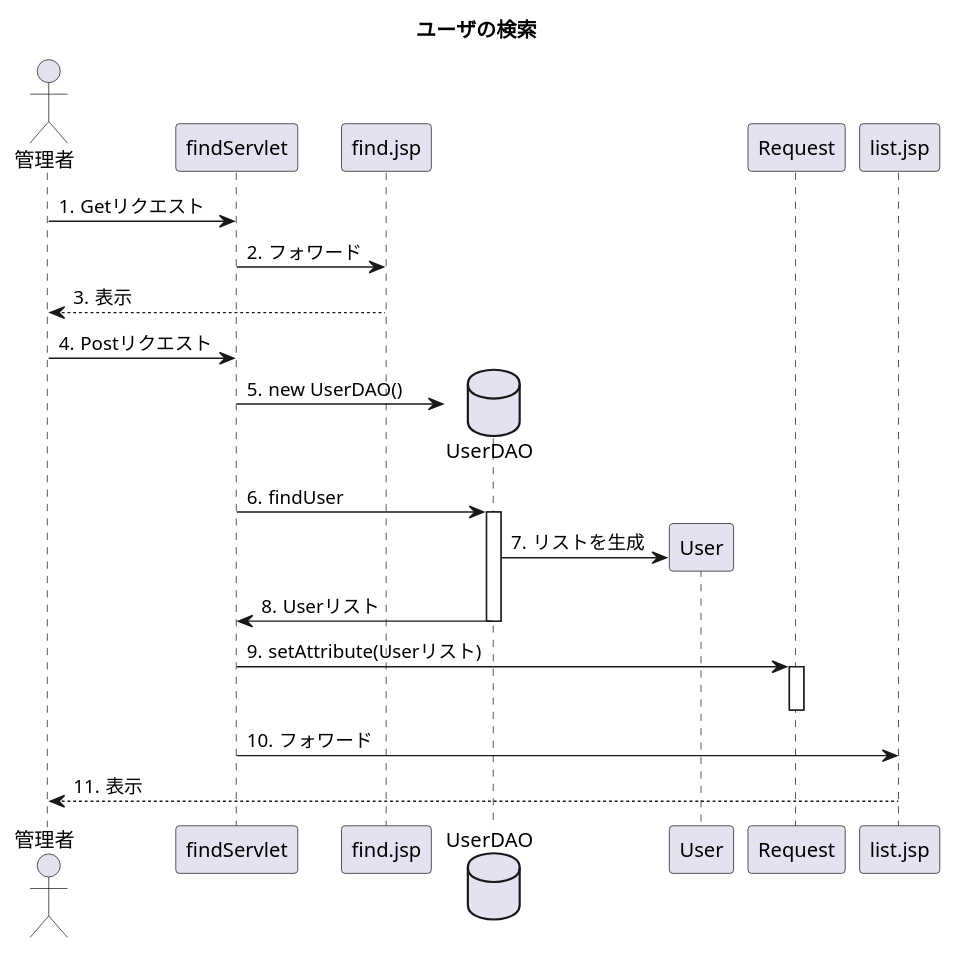
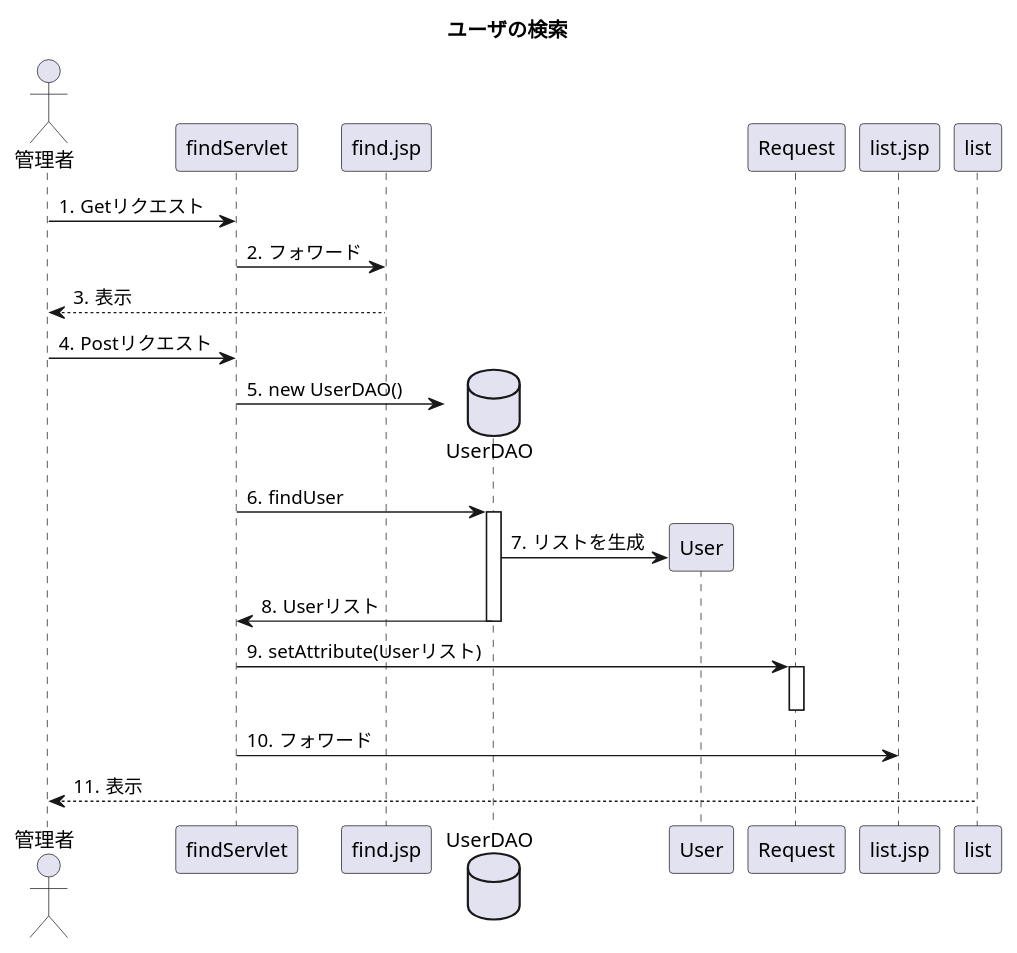
Before and after one commit to toufu66/ProjectC: the diagram in uml_detail/seq_find.pu, drawn with PlantUML.

Commit message:
詳細シーケンス 検索

```diff
--- a/uml_detail/seq_find.pu
+++ b/uml_detail/seq_find.pu
@@ -1,28 +1,28 @@
 @startuml
 title ユーザの検索
 
 autonumber "#."
 
 actor 管理者
 participant findServlet
 participant find.jsp
 
 database UserDAO
 participant User
 
 
 管理者 -> findServlet:Getリクエスト
 findServlet -> find.jsp:フォワード
 find.jsp --> 管理者:表示
 管理者 -> findServlet:Postリクエスト
 findServlet -> UserDAO**:new UserDAO()
 findServlet -> UserDAO++:findUser
 UserDAO -> User**:リストを生成
 UserDAO -> findServlet--:Userリスト
 findServlet -> Request++:setAttribute(Userリスト)
 Request--
 findServlet -> list.jsp:フォワード
-list.jsp --> 管理者:表示
+list --> 管理者:表示
 
 
 @enduml
```
